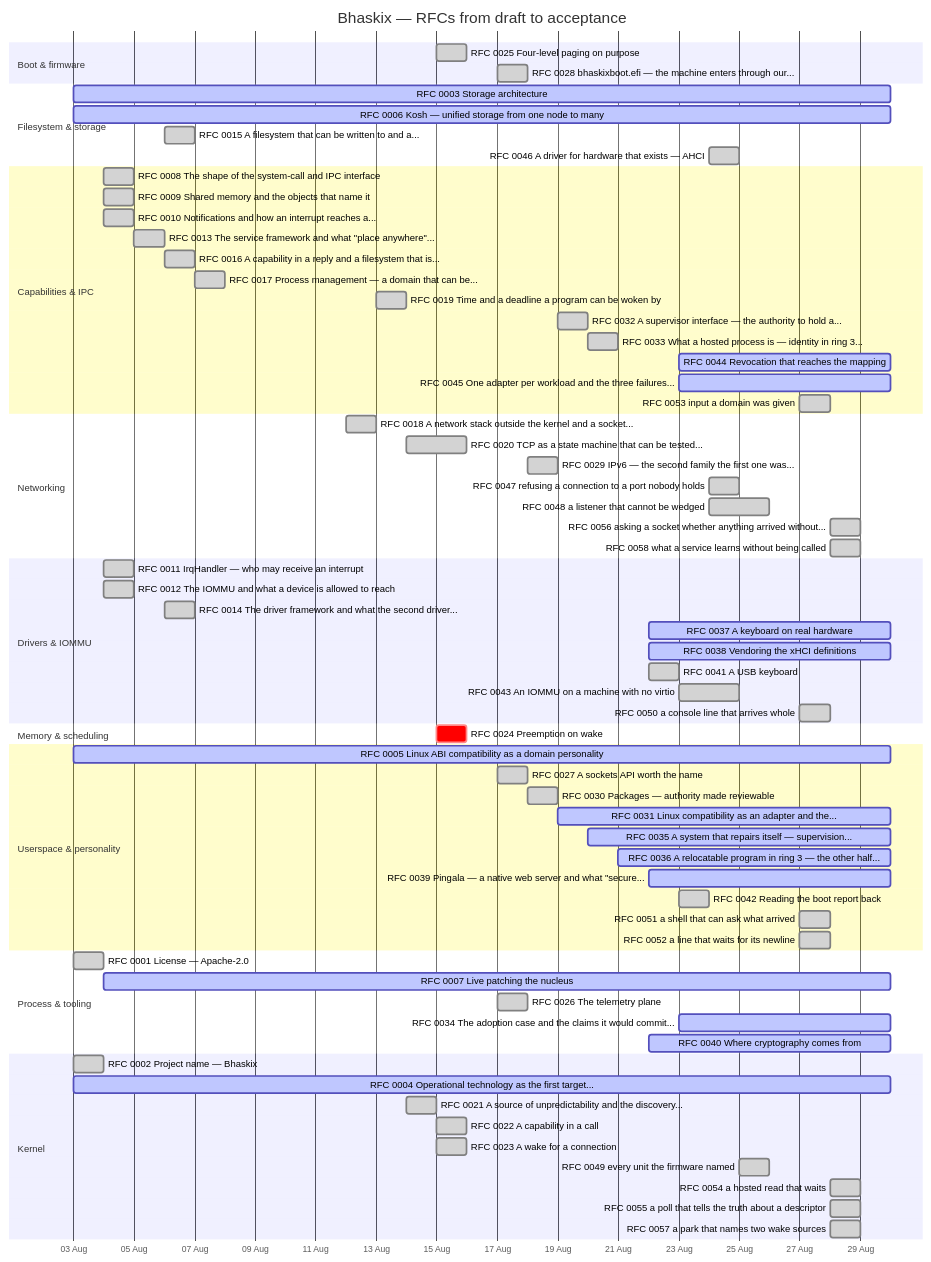
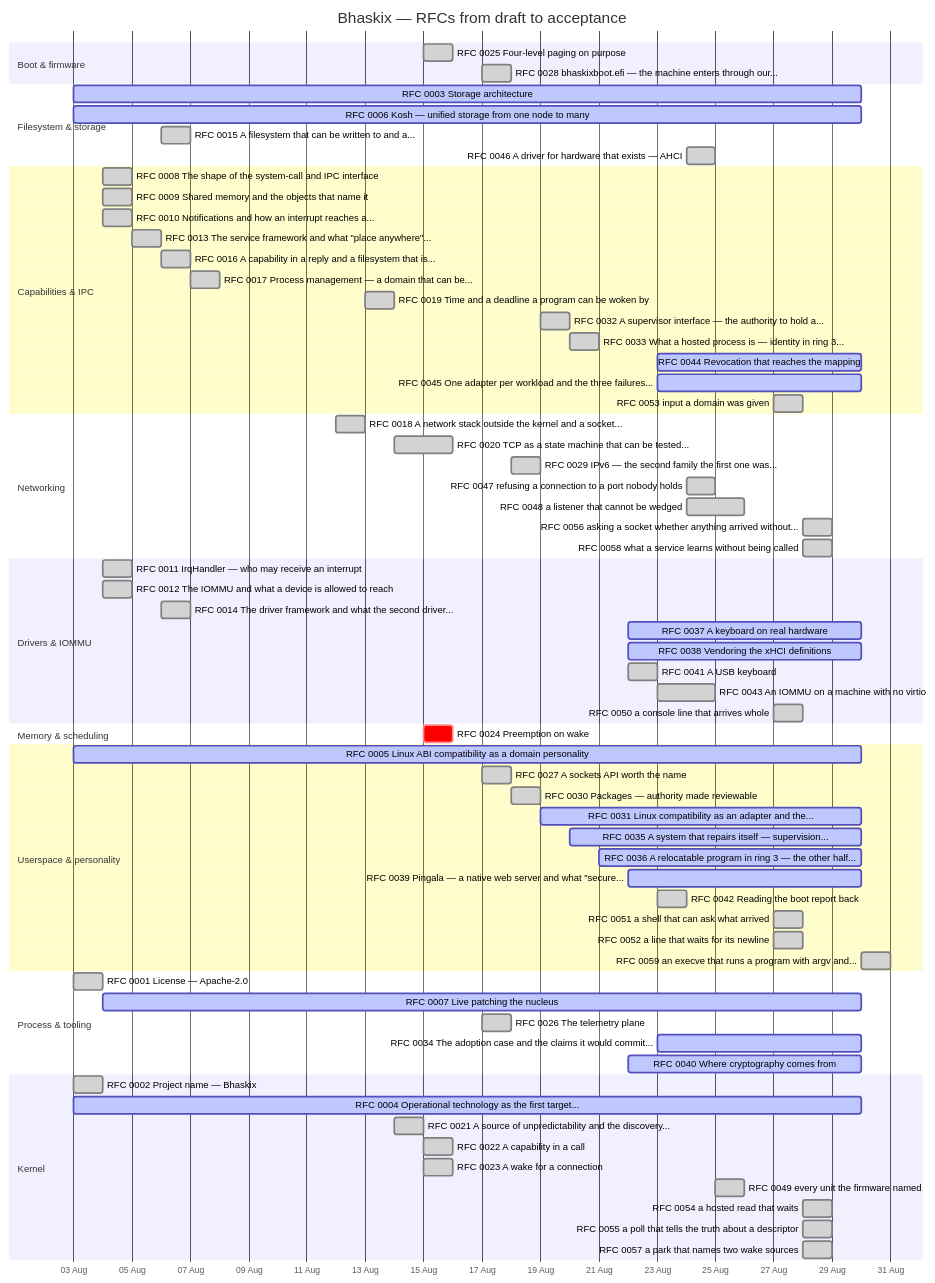
The diagram in docs/progress.md (bhaskix/bhaskix), drawn with Mermaid before and after one commit. The commit also changed other lines of this file and 21 other files, not shown here.

````diff
--- a/docs/progress.md
+++ b/docs/progress.md
@@ -24,74 +24,75 @@
 ```mermaid
 gantt
     title Bhaskix — RFCs from draft to acceptance
     dateFormat YYYY-MM-DD
     axisFormat %d %b
     todayMarker off
     section Boot & firmware
     RFC 0025 Four-level paging on purpose :done, r0025, 2026-08-15, 2026-08-16
     RFC 0028 bhaskixboot.efi — the machine enters through our... :done, r0028, 2026-08-17, 2026-08-18
     section Filesystem & storage
     RFC 0003 Storage architecture :active, r0003, 2026-08-03, 2026-08-30
     RFC 0006 Kosh — unified storage from one node to many :active, r0006, 2026-08-03, 2026-08-30
     RFC 0015 A filesystem that can be written to and a... :done, r0015, 2026-08-06, 1d
     RFC 0046 A driver for hardware that exists — AHCI :done, r0046, 2026-08-24, 1d
     section Capabilities & IPC
     RFC 0008 The shape of the system-call and IPC interface :done, r0008, 2026-08-04, 1d
     RFC 0009 Shared memory and the objects that name it :done, r0009, 2026-08-04, 1d
     RFC 0010 Notifications and how an interrupt reaches a... :done, r0010, 2026-08-04, 1d
     RFC 0013 The service framework and what "place anywhere"... :done, r0013, 2026-08-05, 1d
     RFC 0016 A capability in a reply and a filesystem that is... :done, r0016, 2026-08-06, 2026-08-07
     RFC 0017 Process management — a domain that can be... :done, r0017, 2026-08-07, 1d
     RFC 0019 Time and a deadline a program can be woken by :done, r0019, 2026-08-13, 2026-08-14
     RFC 0032 A supervisor interface — the authority to hold a... :done, r0032, 2026-08-19, 2026-08-20
     RFC 0033 What a hosted process is — identity in ring 3... :done, r0033, 2026-08-20, 1d
     RFC 0044 Revocation that reaches the mapping :active, r0044, 2026-08-23, 2026-08-30
     RFC 0045 One adapter per workload and the three failures... :active, r0045, 2026-08-23, 2026-08-30
     RFC 0053 input a domain was given :done, r0053, 2026-08-27, 1d
     section Networking
     RFC 0018 A network stack outside the kernel and a socket... :done, r0018, 2026-08-12, 2026-08-13
     RFC 0020 TCP as a state machine that can be tested... :done, r0020, 2026-08-14, 2026-08-16
     RFC 0029 IPv6 — the second family the first one was... :done, r0029, 2026-08-18, 1d
     RFC 0047 refusing a connection to a port nobody holds :done, r0047, 2026-08-24, 1d
     RFC 0048 a listener that cannot be wedged :done, r0048, 2026-08-24, 2026-08-26
     RFC 0056 asking a socket whether anything arrived without... :done, r0056, 2026-08-28, 1d
     RFC 0058 what a service learns without being called :done, r0058, 2026-08-28, 1d
     section Drivers & IOMMU
     RFC 0011 IrqHandler — who may receive an interrupt :done, r0011, 2026-08-04, 1d
     RFC 0012 The IOMMU and what a device is allowed to reach :done, r0012, 2026-08-04, 1d
     RFC 0014 The driver framework and what the second driver... :done, r0014, 2026-08-06, 1d
     RFC 0037 A keyboard on real hardware :active, r0037, 2026-08-22, 2026-08-30
     RFC 0038 Vendoring the xHCI definitions :active, r0038, 2026-08-22, 2026-08-30
     RFC 0041 A USB keyboard :done, r0041, 2026-08-22, 2026-08-23
     RFC 0043 An IOMMU on a machine with no virtio :done, r0043, 2026-08-23, 2026-08-25
     RFC 0050 a console line that arrives whole :done, r0050, 2026-08-27, 1d
     section Memory & scheduling
     RFC 0024 Preemption on wake :crit, r0024, 2026-08-15, 1d
     section Userspace & personality
     RFC 0005 Linux ABI compatibility as a domain personality :active, r0005, 2026-08-03, 2026-08-30
     RFC 0027 A sockets API worth the name :done, r0027, 2026-08-17, 1d
     RFC 0030 Packages — authority made reviewable :done, r0030, 2026-08-18, 2026-08-19
     RFC 0031 Linux compatibility as an adapter and the... :active, r0031, 2026-08-19, 2026-08-30
     RFC 0035 A system that repairs itself — supervision... :active, r0035, 2026-08-20, 2026-08-30
     RFC 0036 A relocatable program in ring 3 — the other half... :active, r0036, 2026-08-21, 2026-08-30
     RFC 0039 Pingala — a native web server and what "secure... :active, r0039, 2026-08-22, 2026-08-30
     RFC 0042 Reading the boot report back :done, r0042, 2026-08-23, 1d
     RFC 0051 a shell that can ask what arrived :done, r0051, 2026-08-27, 1d
     RFC 0052 a line that waits for its newline :done, r0052, 2026-08-27, 1d
+    RFC 0059 an execve that runs a program with argv and... :done, r0059, 2026-08-30, 1d
     section Process & tooling
     RFC 0001 License — Apache-2.0 :done, r0001, 2026-08-03, 1d
     RFC 0007 Live patching the nucleus :active, r0007, 2026-08-04, 2026-08-30
     RFC 0026 The telemetry plane :done, r0026, 2026-08-17, 1d
     RFC 0034 The adoption case and the claims it would commit... :active, r0034, 2026-08-23, 2026-08-30
     RFC 0040 Where cryptography comes from :active, r0040, 2026-08-22, 2026-08-30
     section Kernel
     RFC 0002 Project name — Bhaskix :done, r0002, 2026-08-03, 1d
     RFC 0004 Operational technology as the first target... :active, r0004, 2026-08-03, 2026-08-30
     RFC 0021 A source of unpredictability and the discovery... :done, r0021, 2026-08-14, 1d
     RFC 0022 A capability in a call :done, r0022, 2026-08-15, 2026-08-16
     RFC 0023 A wake for a connection :done, r0023, 2026-08-15, 2026-08-16
     RFC 0049 every unit the firmware named :done, r0049, 2026-08-25, 1d
     RFC 0054 a hosted read that waits :done, r0054, 2026-08-28, 1d
     RFC 0055 a poll that tells the truth about a descriptor :done, r0055, 2026-08-28, 1d
     RFC 0057 a park that names two wake sources :done, r0057, 2026-08-28, 1d
 ```
````
